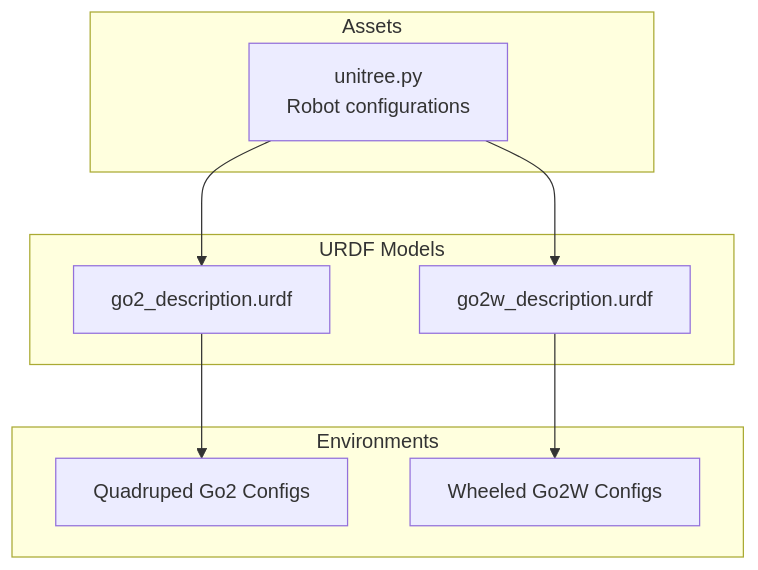
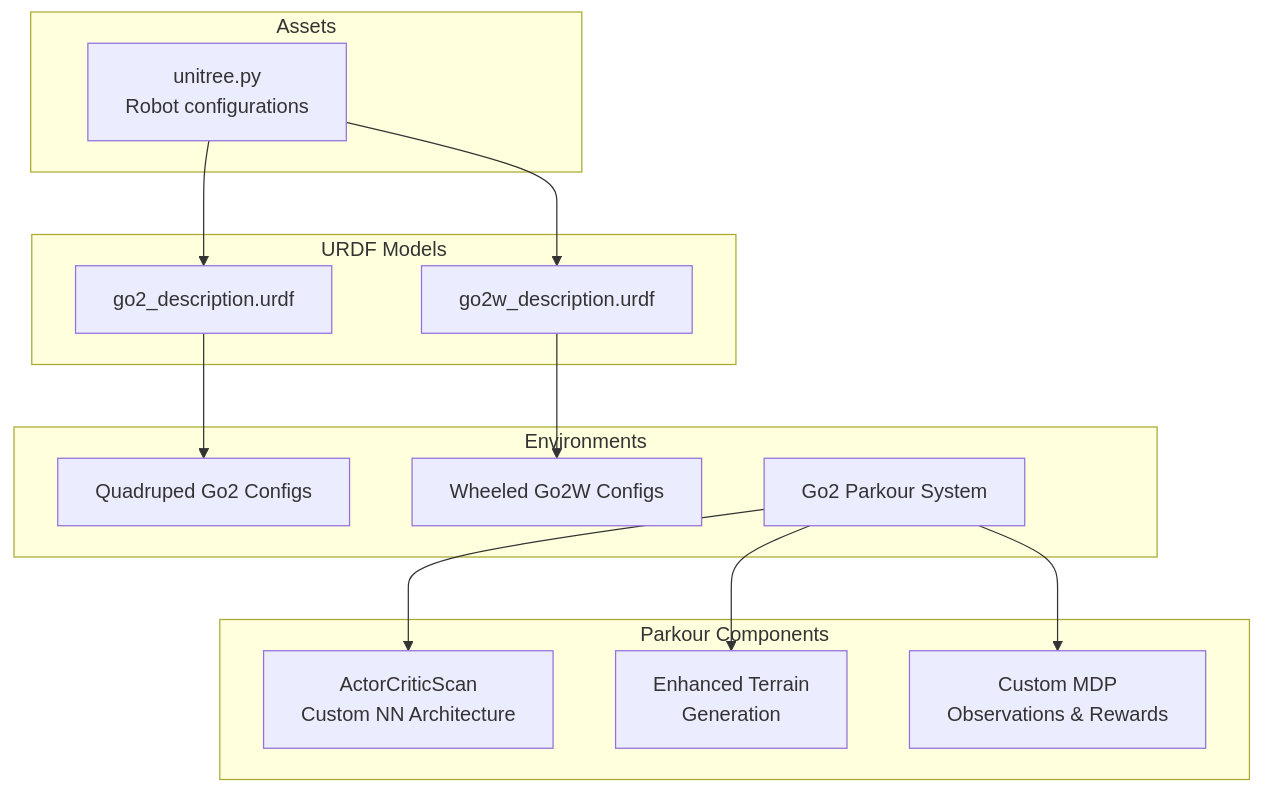
One commit to jayjayhust/robot_lab changed the first of 10 diagrams in .qoder/repowiki/en/content/Robot Categories and Models/Quadruped Robots/Unitree Go2 Series.md. Above: the diagram before and after it, drawn with Mermaid. The commit also changed other lines of this file and 17 other files, not shown here.

````diff
--- a/.qoder/repowiki/en/content/Robot Categories and Models/Quadruped Robots/Unitree Go2 Series.md
+++ b/.qoder/repowiki/en/content/Robot Categories and Models/Quadruped Robots/Unitree Go2 Series.md
@@ -33,18 +49,27 @@
 ```mermaid
 graph TB
 subgraph "Assets"
 UCFG["unitree.py<br/>Robot configurations"]
 end
 subgraph "URDF Models"
 GO2["go2_description.urdf"]
 GO2W["go2w_description.urdf"]
 end
 subgraph "Environments"
 QGO2["Quadruped Go2 Configs"]
 WGO2W["Wheeled Go2W Configs"]
+GOPARKOUR["Go2 Parkour System"]
+end
+subgraph "Parkour Components"
+ACTNET["ActorCriticScan<br/>Custom NN Architecture"]
+TERRAINS["Enhanced Terrain<br/>Generation"]
+MDP["Custom MDP<br/>Observations & Rewards"]
 end
 UCFG --> GO2
 UCFG --> GO2W
 GO2 --> QGO2
 GO2W --> WGO2W
+GOPARKOUR --> ACTNET
+GOPARKOUR --> TERRAINS
+GOPARKOUR --> MDP
 ```
````
